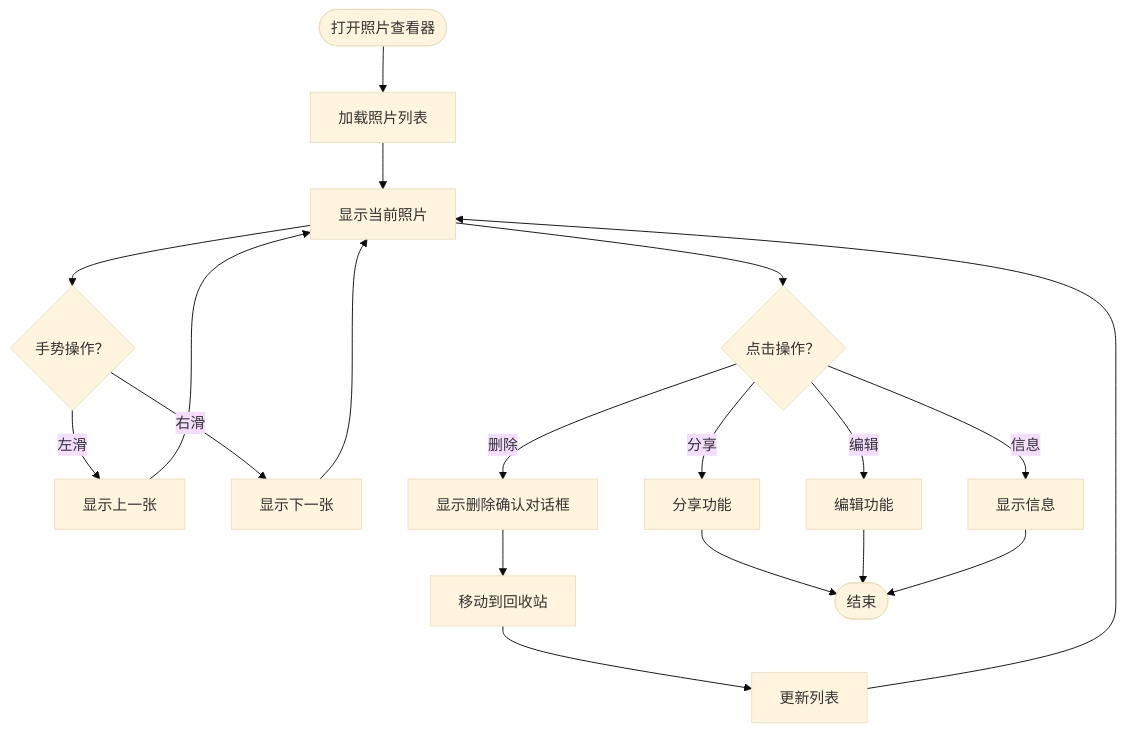
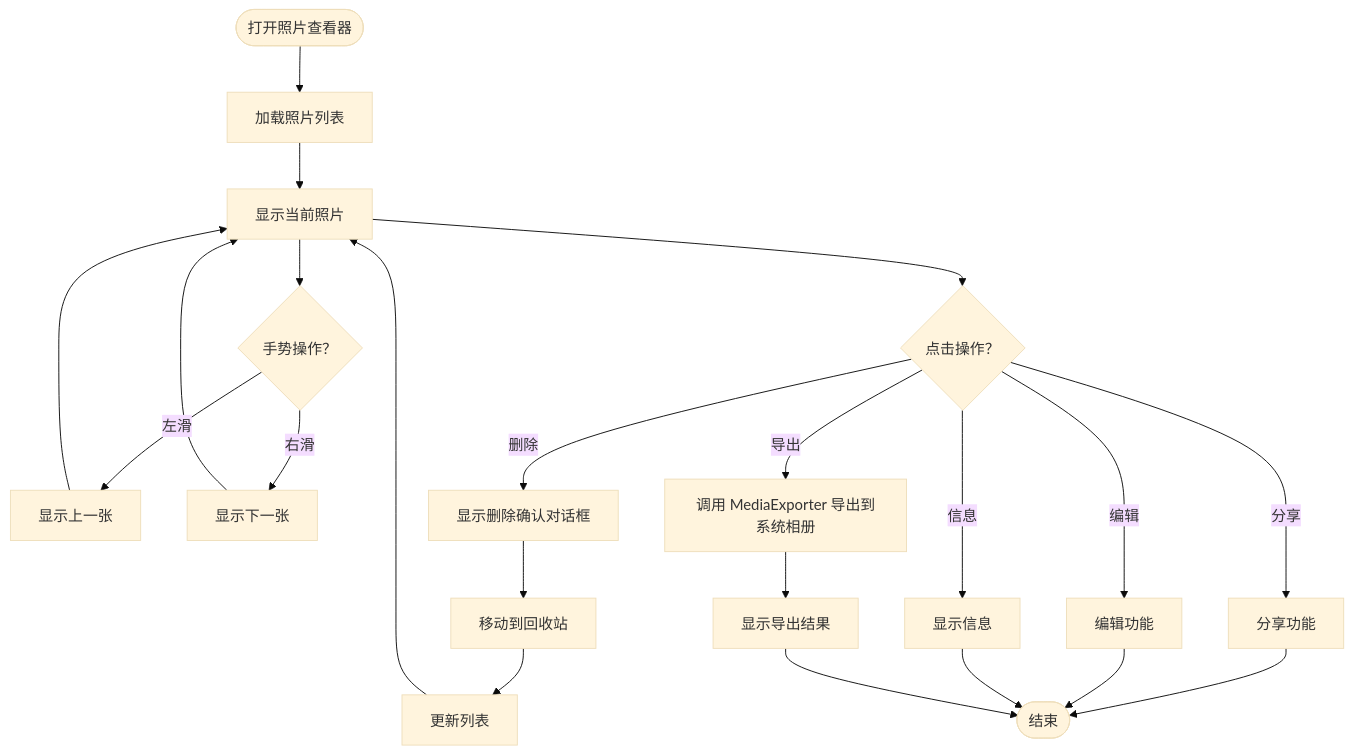
One commit to wanhongbo/ai-photo-vault changed the fifth of 12 diagrams in .qoder/repowiki/zh/content/核心功能模块/照片管理系统.md. Above: the diagram before and after it, drawn with Mermaid (base theme). The commit also changed other lines of this file and 22 other files, not shown here.

````diff
--- a/.qoder/repowiki/zh/content/核心功能模块/照片管理系统.md
+++ b/.qoder/repowiki/zh/content/核心功能模块/照片管理系统.md
@@ -345,21 +430,24 @@
 ```mermaid
 flowchart TD
 Start(["打开照片查看器"]) --> Load["加载照片列表"]
 Load --> Display["显示当前照片"]
 Display --> Swipe{"手势操作？"}
 Swipe -- 左滑 --> Prev["显示上一张"]
 Swipe -- 右滑 --> Next["显示下一张"]
 Prev --> Display
 Next --> Display
 Display --> Action{"点击操作？"}
 Action -- 删除 --> Confirm["显示删除确认对话框"]
+Action -- 导出 --> Export["调用 MediaExporter 导出到系统相册"]
 Action -- 分享 --> Share["分享功能"]
 Action -- 编辑 --> Edit["编辑功能"]
 Action -- 信息 --> Info["显示信息"]
 Confirm --> Delete["移动到回收站"]
 Delete --> Update["更新列表"]
-Update --> Display
+Export --> Toast["显示导出结果"]
 Share --> End(["结束"])
 Edit --> End
 Info --> End
+Update --> Display
+Toast --> End
 ```
````
